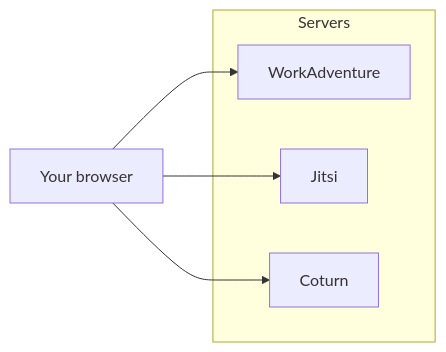
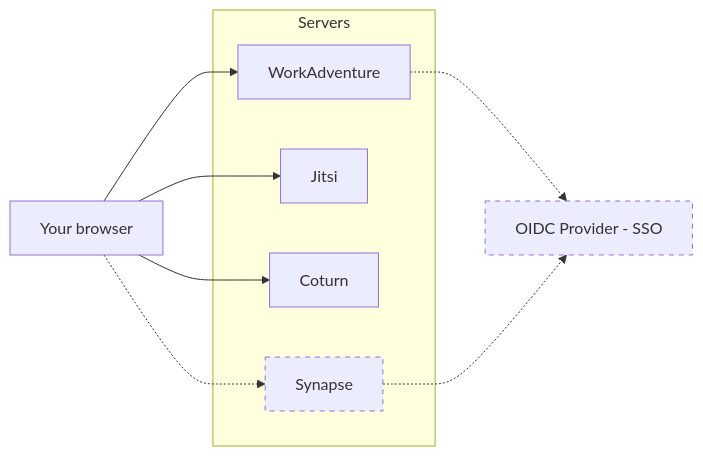
One commit to workadventure/workadventure changed the diagram in docs/others/self-hosting/install.md. Above: the diagram before and after it, drawn with Mermaid. The commit also changed other lines of this file and 13 other files, not shown here.

````diff
--- a/docs/others/self-hosting/install.md
+++ b/docs/others/self-hosting/install.md
@@ -48,13 +51,19 @@
 ```mermaid
 flowchart LR
   
     subgraph Servers
     WorkAdventure
     Jitsi
     Coturn
+    Synapse
     end
     Browser1["Your browser"]
     Browser1-->WorkAdventure
     Browser1-->Jitsi
     Browser1-->Coturn
+    Browser1-.->Synapse
+    WorkAdventure-.->OIDC[OIDC Provider - SSO]
+    Synapse-.->OIDC
+  style Synapse stroke-width:1px,stroke-dasharray: 5 5
+  style OIDC stroke-width:1px,stroke-dasharray: 5 5
 ```
````
